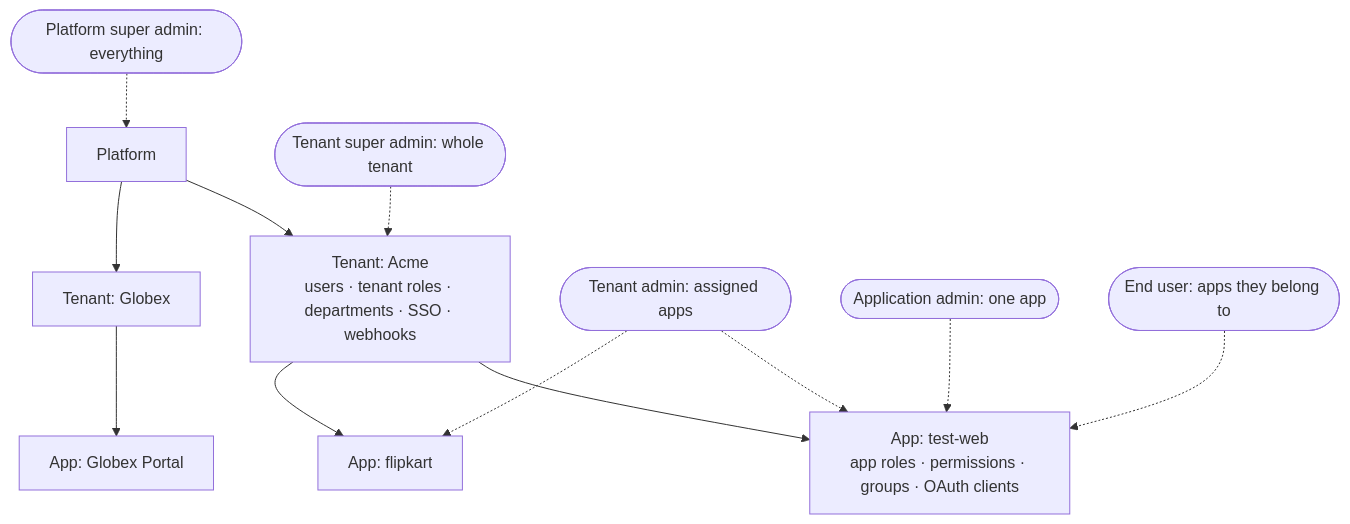
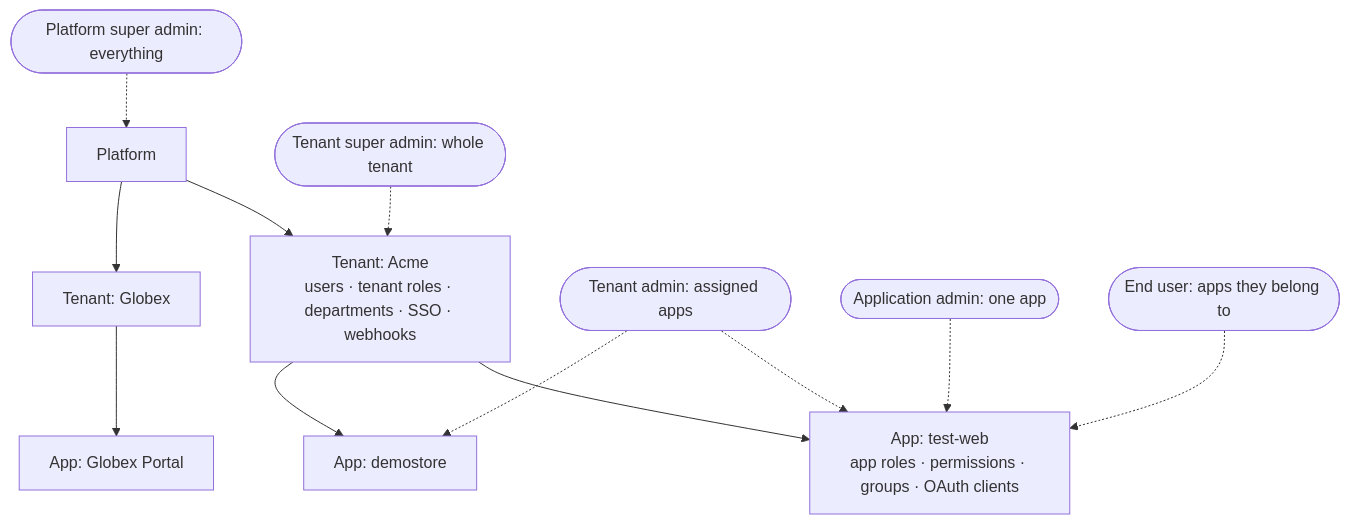
The first of 4 diagrams in docs/25-roles-and-access.md (DTAVS0108/secureon), drawn with Mermaid before and after one commit. The commit also changed other lines of this file and 390 other files, not shown here.

````diff
--- a/docs/25-roles-and-access.md
+++ b/docs/25-roles-and-access.md
@@ -32,14 +32,14 @@
 ```mermaid
 flowchart TB
   P["Platform"] --> T1["Tenant: Acme<br/>users · tenant roles · departments · SSO · webhooks"]
   P --> T2["Tenant: Globex"]
   T1 --> A1["App: test-web<br/>app roles · permissions · groups · OAuth clients"]
-  T1 --> A2["App: flipkart"]
+  T1 --> A2["App: demostore"]
   T2 --> A3["App: Globex Portal"]
   SA(["Platform super admin: everything"]) -.-> P
   TSA(["Tenant super admin: whole tenant"]) -.-> T1
   TA(["Tenant admin: assigned apps"]) -.-> A1
   TA -.-> A2
   AA(["Application admin: one app"]) -.-> A1
   EU(["End user: apps they belong to"]) -.-> A1
 ```
````
